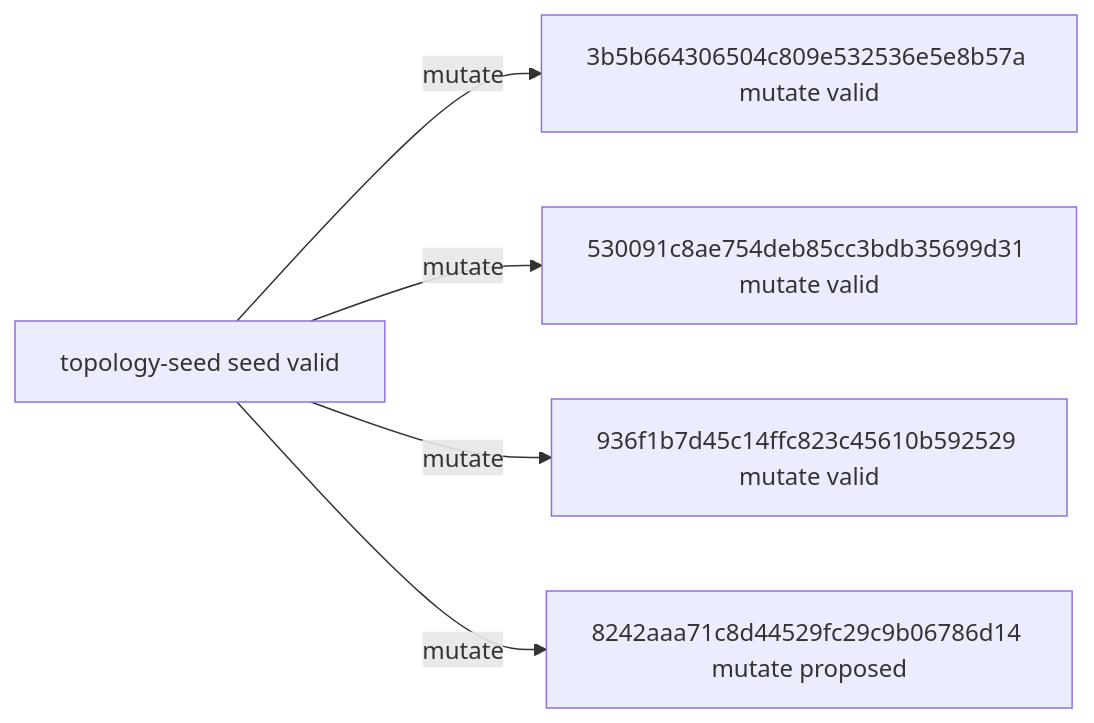
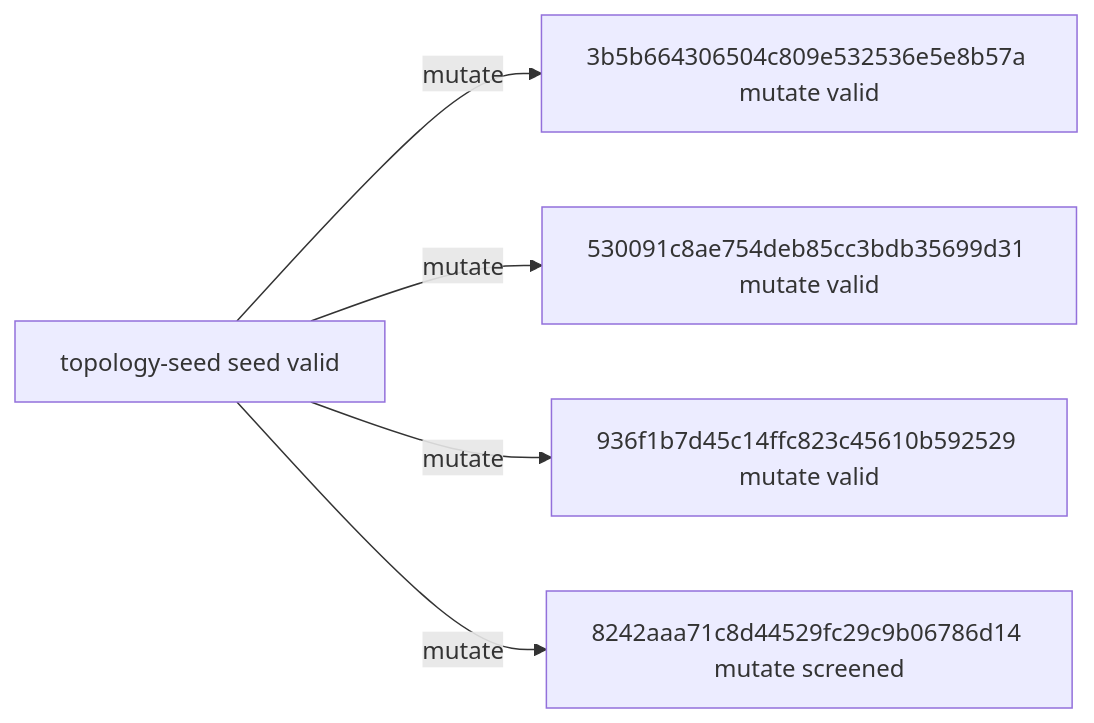
One commit to timbtz/feyer-search-lab changed the diagram in experiments/campaigns/layout-numerical-lane1/README.md. Above: the diagram before and after it, drawn with Mermaid. The commit also changed other lines of this file and 7 other files, not shown here.

````diff
--- a/experiments/campaigns/layout-numerical-lane1/README.md
+++ b/experiments/campaigns/layout-numerical-lane1/README.md
@@ -21,12 +21,12 @@
 ```mermaid
 graph LR
   n0["topology-seed seed valid"]
   n1["3b5b664306504c809e532536e5e8b57a mutate valid"]
   n2["530091c8ae754deb85cc3bdb35699d31 mutate valid"]
   n3["936f1b7d45c14ffc823c45610b592529 mutate valid"]
-  n4["8242aaa71c8d44529fc29c9b06786d14 mutate proposed"]
+  n4["8242aaa71c8d44529fc29c9b06786d14 mutate screened"]
   n0 -->|mutate| n1
   n0 -->|mutate| n2
   n0 -->|mutate| n3
   n0 -->|mutate| n4
 ```
````
